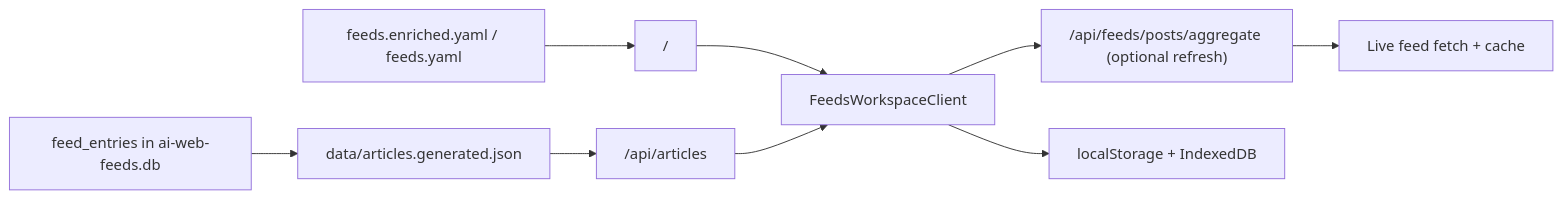
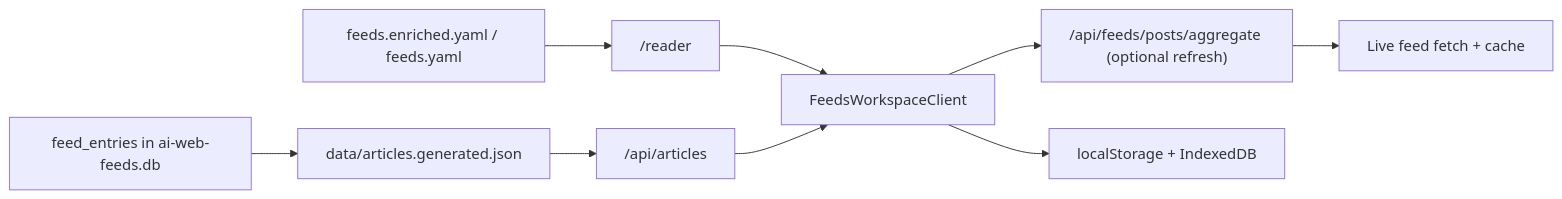
One commit to wyattowalsh/ai-web-feeds changed the diagram in apps/web/content/docs/features/reader.mdx. Above: the diagram before and after it, drawn with Mermaid. The commit also changed other lines of this file and 38 other files, not shown here.

````diff
--- a/apps/web/content/docs/features/reader.mdx
+++ b/apps/web/content/docs/features/reader.mdx
@@ -45,11 +46,11 @@
 ```mermaid
 flowchart LR
-    catalog["feeds.enriched.yaml / feeds.yaml"] --> route["/"]
+    catalog["feeds.enriched.yaml / feeds.yaml"] --> route["/reader"]
     runtime["feed_entries in ai-web-feeds.db"] --> corpus["data/articles.generated.json"]
     corpus --> browse["/api/articles"]
     route --> ui["FeedsWorkspaceClient"]
     browse --> ui
     ui --> aggregate["/api/feeds/posts/aggregate (optional refresh)"]
     aggregate --> fetch["Live feed fetch + cache"]
     ui --> local["localStorage + IndexedDB"]
 ```
````
